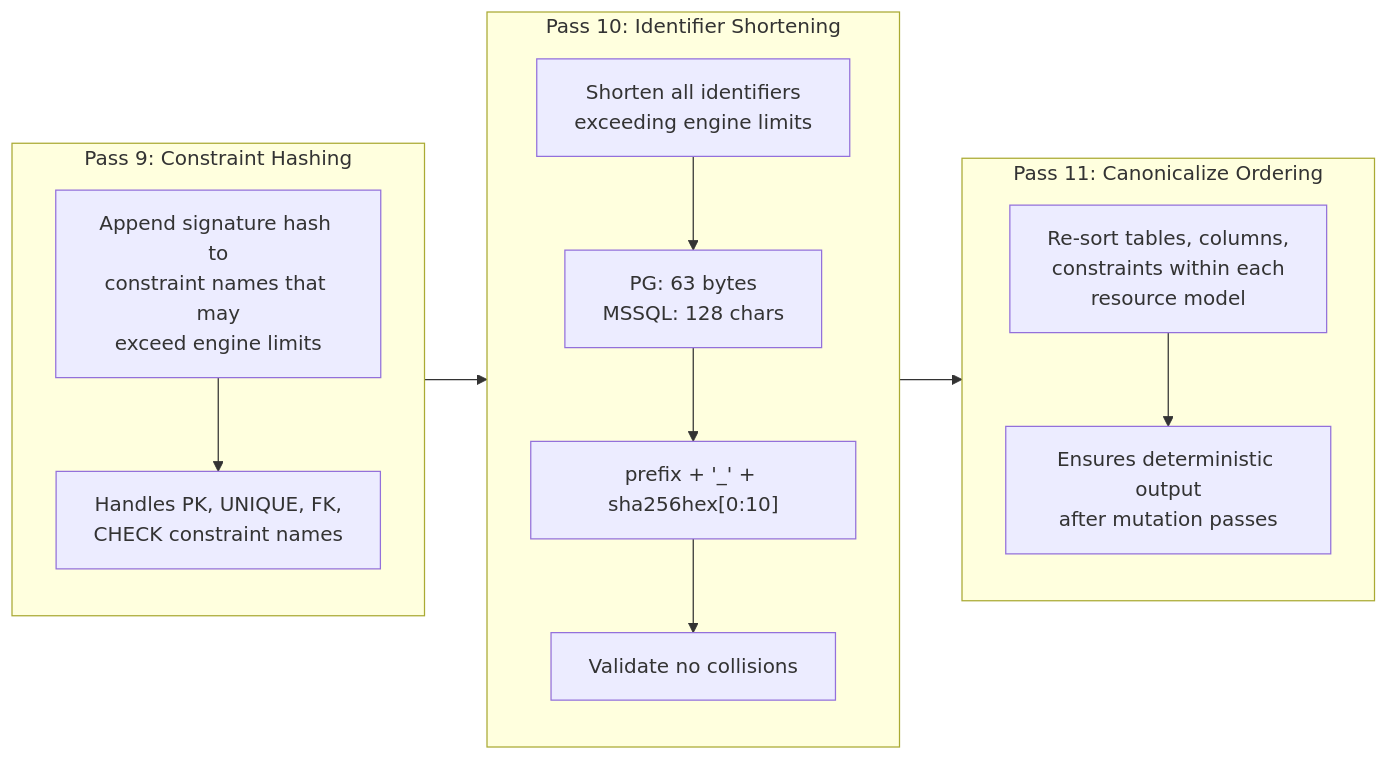
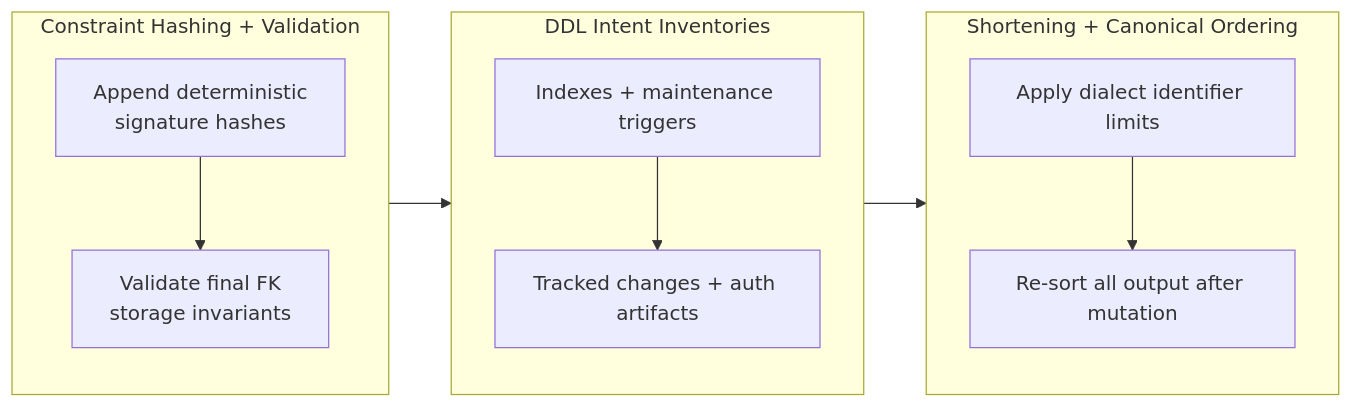
Before and after one commit to Ed-Fi-Alliance-OSS/Data-Management-Service: diagram 15 of 16 in reference/design/backend-redesign/presentations/relational-model-presentation.md, drawn with Mermaid. The commit also changed other lines of this file and 18 other files, not shown here.

````diff
--- a/reference/design/backend-redesign/presentations/relational-model-presentation.md
+++ b/reference/design/backend-redesign/presentations/relational-model-presentation.md
@@ -632,27 +710,25 @@
 ```mermaid
 flowchart LR
-    subgraph P9["Pass 9: Constraint Hashing"]
+    subgraph P10["Constraint Hashing + Validation"]
         direction TB
-        P9A["Append signature hash to<br/>constraint names that may<br/>exceed engine limits"]
-        P9B["Handles PK, UNIQUE, FK,<br/>CHECK constraint names"]
-        P9A --> P9B
+        P10A["Append deterministic<br/>signature hashes"]
+        P10B["Validate final FK<br/>storage invariants"]
+        P10A --> P10B
     end
 
-    subgraph P10["Pass 10: Identifier Shortening"]
+    subgraph P11["DDL Intent Inventories"]
         direction TB
-        P10A["Shorten all identifiers<br/>exceeding engine limits"]
-        P10B["PG: 63 bytes<br/>MSSQL: 128 chars"]
-        P10C["prefix + '_' + sha256hex[0:10]"]
-        P10D["Validate no collisions"]
-        P10A --> P10B --> P10C --> P10D
-    end
-
-    subgraph P11["Pass 11: Canonicalize Ordering"]
-        direction TB
-        P11A["Re-sort tables, columns,<br/>constraints within each<br/>resource model"]
-        P11B["Ensures deterministic output<br/>after mutation passes"]
+        P11A["Indexes + maintenance triggers"]
+        P11B["Tracked changes + auth artifacts"]
         P11A --> P11B
     end
 
-    P9 --> P10 --> P11
+    subgraph P12["Shortening + Canonical Ordering"]
+        direction TB
+        P12A["Apply dialect identifier limits"]
+        P12B["Re-sort all output after mutation"]
+        P12A --> P12B
+    end
+
+    P10 --> P11 --> P12
 ```
````
